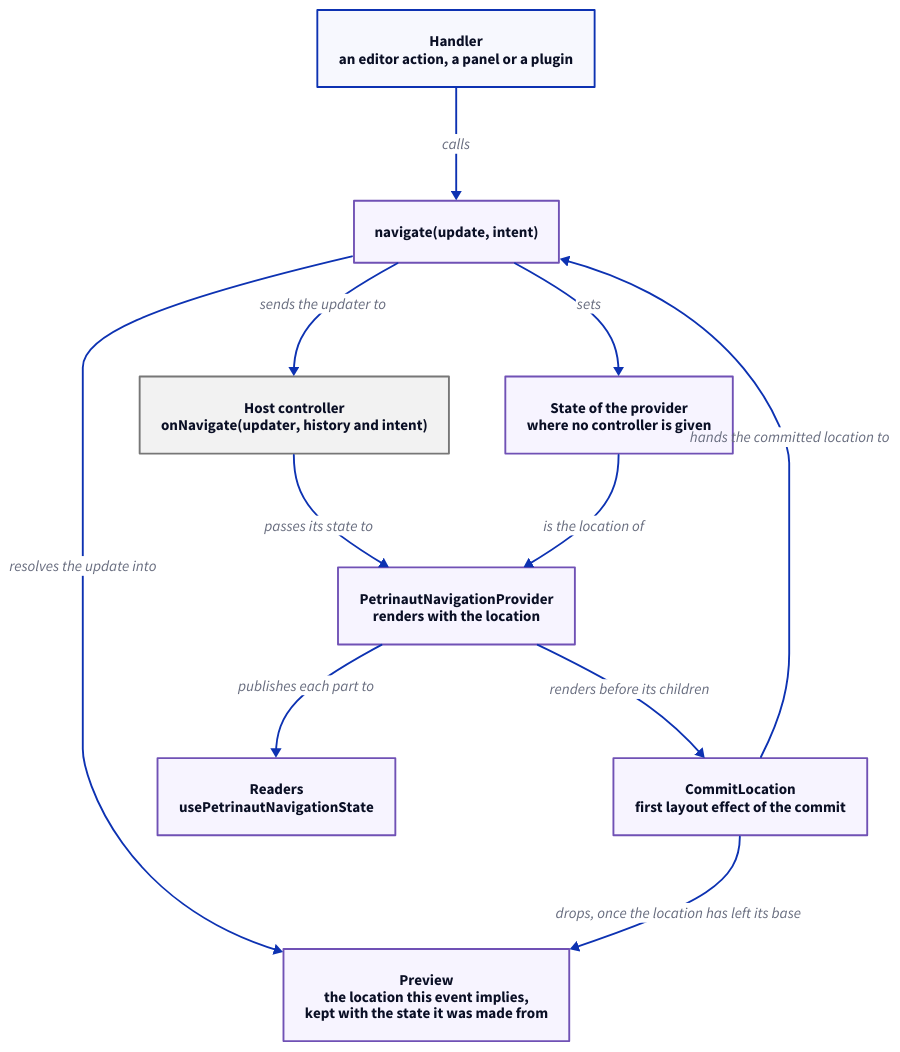
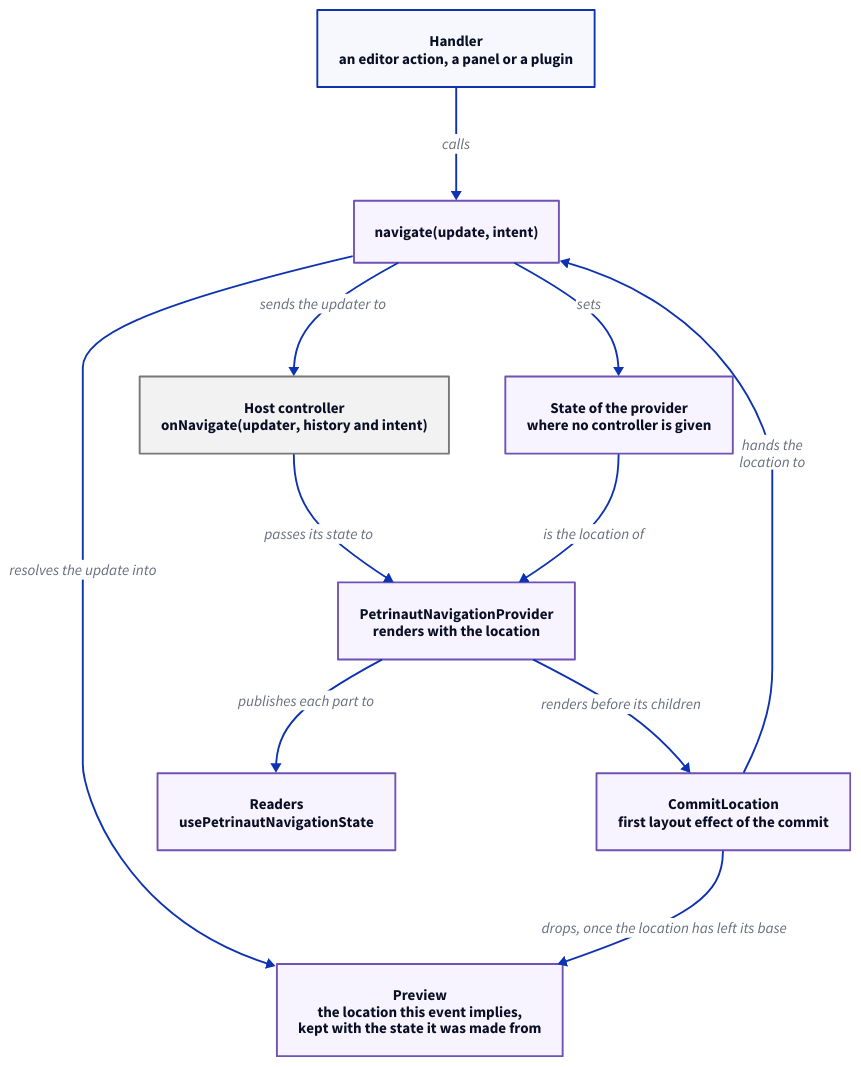
One commit to hashintel/hash changed the diagram in libs/@hashintel/petrinaut/src/react/navigation/navigation.d2. Above: the diagram before and after it, drawn with D2.

Commit message:
FE-2319: Keep a label of the navigation diagram off the box beside it
The label of the arrow from CommitLocation to navigate ran over the edge of the provider's state. It is shorter and on two lines, and the render clears the box.

```diff
--- a/libs/@hashintel/petrinaut/src/react/navigation/navigation.d2
+++ b/libs/@hashintel/petrinaut/src/react/navigation/navigation.d2
@@ -1,28 +1,28 @@
 # Hand-written; rendered by the arch-docs build. The React layer uses the
 # purple palette, the host the grey one.
 direction: down
 
 classes: {
   react: {style.fill: "#f7f4ff"; style.stroke: "#7051b5"}
   other: {style.fill: "#f2f2f2"; style.stroke: "#777777"}
 }
 
 handler: "Handler\nan editor action, a panel or a plugin"
 navigate: "navigate(update, intent)" {class: react}
 preview: "Preview\nthe location this event implies,\nkept with the state it was made from" {class: react}
 host: "Host controller\nonNavigate(updater, history and intent)" {class: other}
 own: "State of the provider\nwhere no controller is given" {class: react}
 provider: "PetrinautNavigationProvider\nrenders with the location" {class: react}
 commit: "CommitLocation\nfirst layout effect of the commit" {class: react}
 readers: "Readers\nusePetrinautNavigationState" {class: react}
 
 handler -> navigate: calls
 navigate -> preview: "resolves the update into"
 navigate -> host: "sends the updater to"
 navigate -> own: "sets"
 host -> provider: "passes its state to"
 own -> provider: "is the location of"
 provider -> commit: "renders before its children"
-commit -> navigate: "hands the committed location to"
+commit -> navigate: "hands the\nlocation to"
 commit -> preview: "drops, once the location has left its base"
 provider -> readers: "publishes each part to"
```
